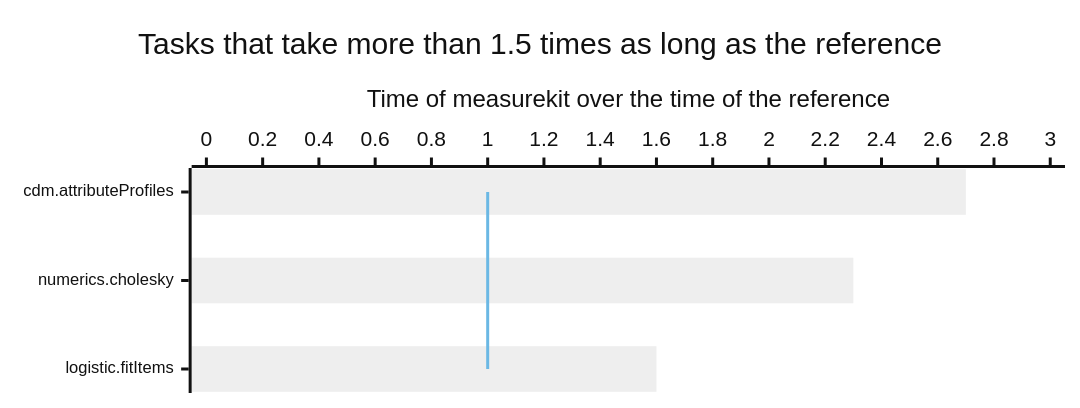
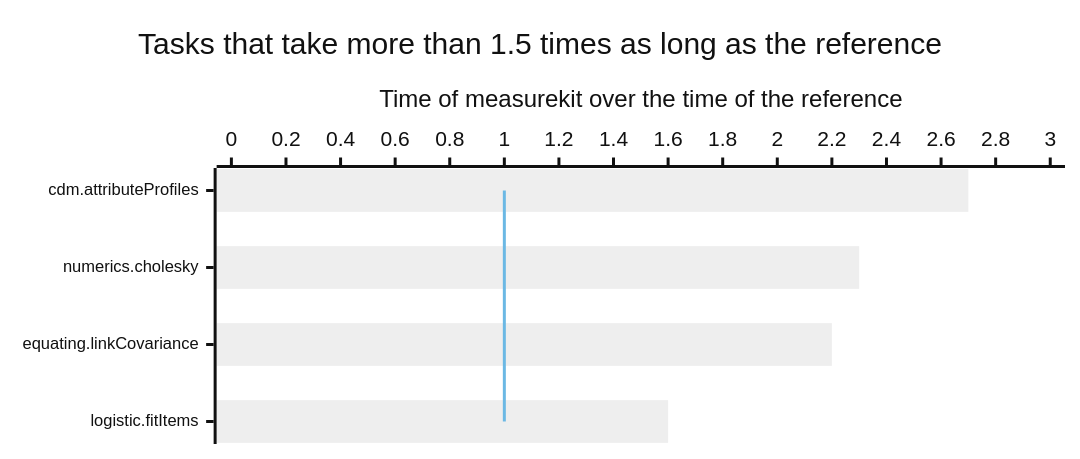
One commit to measurekit/measurekit changed the first of 13 diagrams in docs/performance.md. Above: the diagram before and after it, drawn with Mermaid (neutral theme). The commit also changed other lines of this file and 4 other files, not shown here.

````diff
--- a/docs/performance.md
+++ b/docs/performance.md
@@ -9,9 +9,9 @@
 ```mermaid
-%%{init: {"xyChart": {"height": 252, "xAxis": {"labelFontSize": 11}}}}%%
+%%{init: {"xyChart": {"height": 286, "xAxis": {"labelFontSize": 11}}}}%%
 xychart-beta horizontal
   title "Tasks that take more than 1.5 times as long as the reference"
-  x-axis ["cdm.attributeProfiles", "numerics.cholesky", "logistic.fitItems"]
+  x-axis ["cdm.attributeProfiles", "numerics.cholesky", "equating.linkCovariance", "logistic.fitItems"]
   y-axis "Time of measurekit over the time of the reference" 0 --> 3
-  bar [2.7, 2.3, 1.6]
-  line [1, 1, 1]
+  bar [2.7, 2.3, 2.2, 1.6]
+  line [1, 1, 1, 1]
 ```
````
